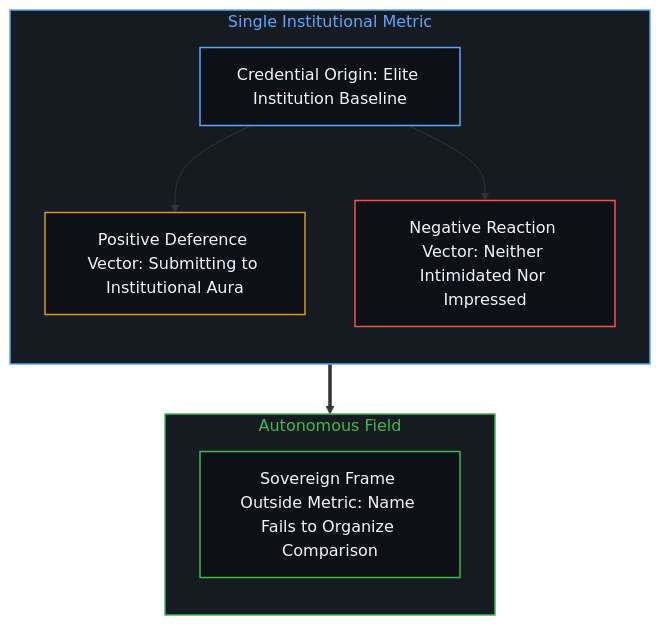
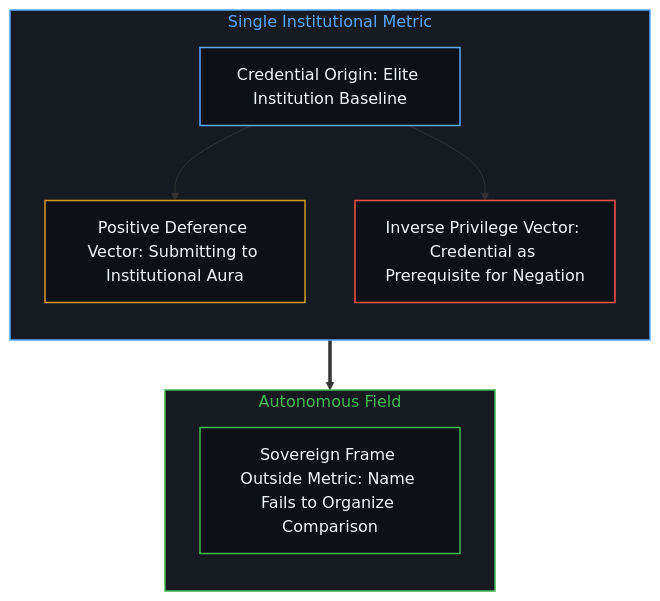
The second of 8 diagrams in content/posts/the-unpriced-critic.md (powerpig99/not-a-toe), drawn with Mermaid before and after one commit. The commit also changed other lines of this file and 4 other files, not shown here.

Commit message:
Refine Post #378: Expose credential as prerequisite for anti-credentialism

````diff
--- a/content/posts/the-unpriced-critic.md
+++ b/content/posts/the-unpriced-critic.md
@@ -43,27 +43,27 @@
 ```mermaid
 flowchart TD
     classDef default fill:#0d1117,stroke:#30363d,stroke-width:1px,color:#f0f6fc;
     classDef mind fill:#0d1117,stroke:#3fb950,stroke-width:1.5px,color:#f0f6fc;
     classDef warn fill:#0d1117,stroke:#d29922,stroke-width:1.5px,color:#f0f6fc;
     classDef fail fill:#0d1117,stroke:#f85149,stroke-width:1.5px,color:#f0f6fc;
     classDef model fill:#0d1117,stroke:#58a6ff,stroke-width:1.5px,color:#f0f6fc;
 
     subgraph S_Frame ["Single Institutional Metric"]
         direction TB
         Origin["Credential Origin: Elite Institution Baseline"]:::model
         PosVec["Positive Deference Vector: Submitting to Institutional Aura"]:::warn
-        NegVec["Negative Reaction Vector: Neither Intimidated Nor Impressed"]:::fail
+        NegVec["Inverse Privilege Vector: Credential as Prerequisite for Negation"]:::fail
         Origin --> PosVec
         Origin --> NegVec
     end
 
     subgraph S_Autonomous ["Autonomous Field"]
         direction TB
         FreeMind["Sovereign Frame Outside Metric: Name Fails to Organize Comparison"]:::mind
     end
 
     S_Frame ==> S_Autonomous
 
     style S_Frame fill:#161b22,stroke:#58a6ff,stroke-width:1.5px,color:#58a6ff
     style S_Autonomous fill:#161b22,stroke:#3fb950,stroke-width:1.5px,color:#3fb950
 ```
````
